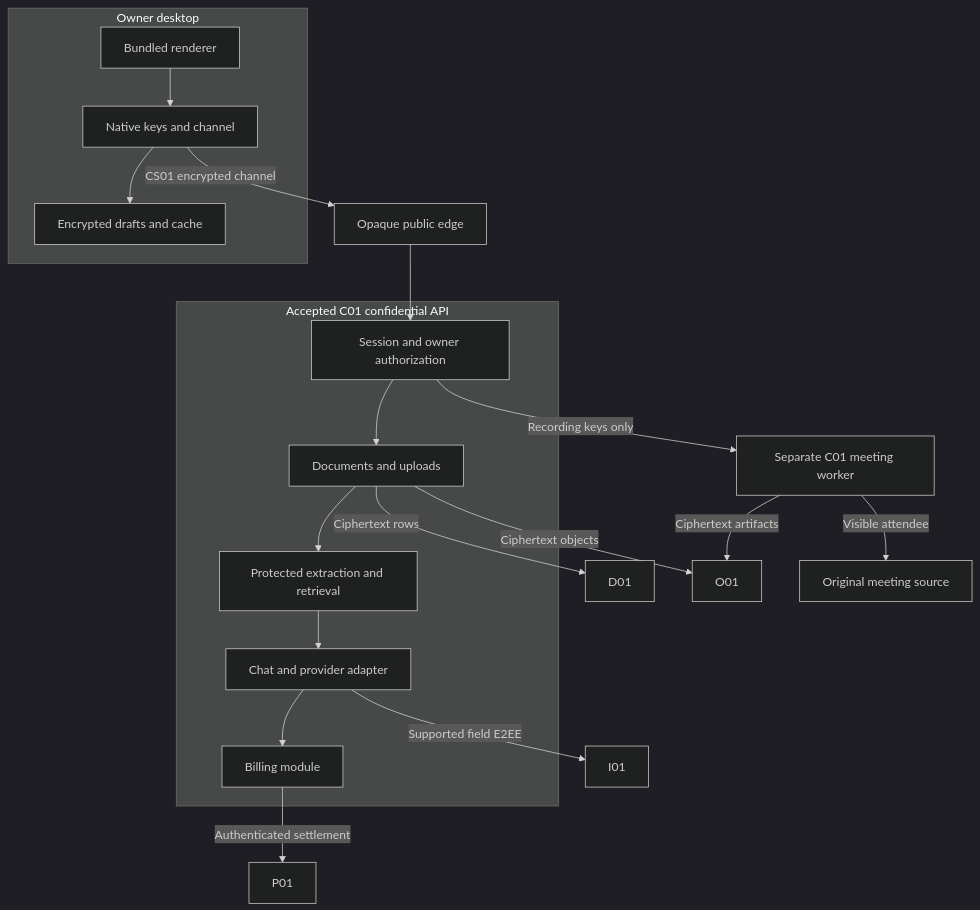
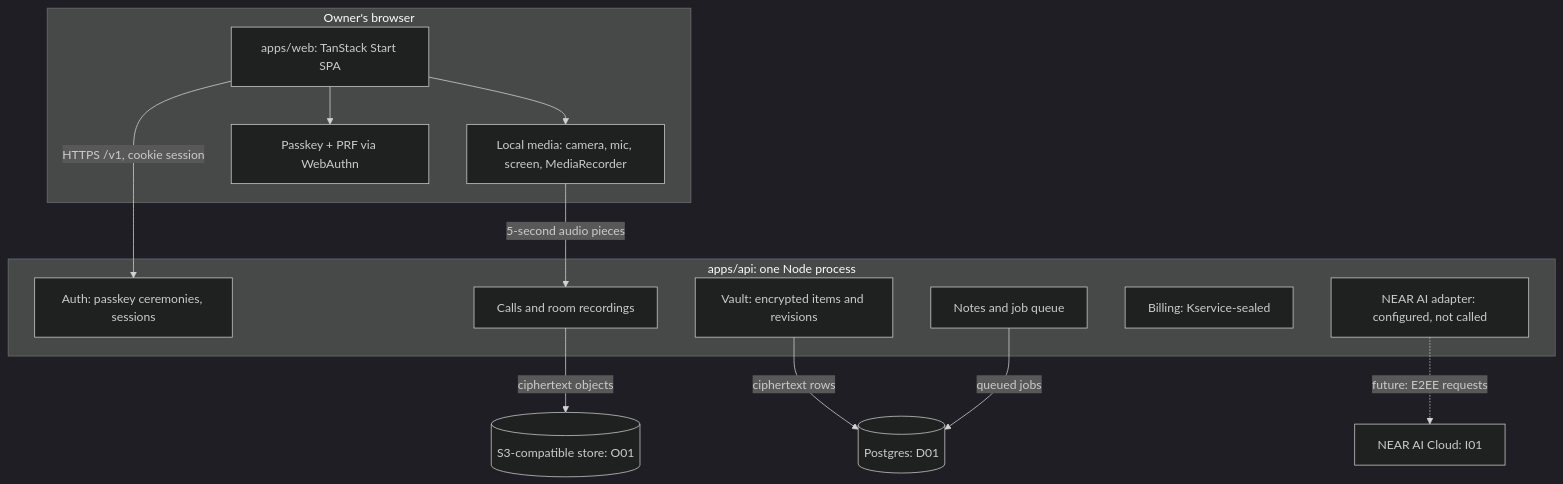
One commit to thebakedalaskan/alcove-solutions changed the diagram in docs/engineering/system-architecture.md. Above: the diagram before and after it, drawn with Mermaid (dark theme). The commit also changed other lines of this file and 49 other files, not shown here.

````diff
--- a/docs/engineering/system-architecture.md
+++ b/docs/engineering/system-architecture.md
@@ -11,32 +10,24 @@
 ```mermaid
 flowchart TB
-    subgraph Device[Owner desktop]
-        UI[Bundled renderer]
-        Native[Native keys and channel]
-        Local[Encrypted drafts and cache]
-        UI --> Native
-        Native --> Local
+    subgraph Browser[Owner's browser]
+        UI[apps/web: TanStack Start SPA]
+        Media[Local media: camera, mic, screen, MediaRecorder]
+        Passkey[Passkey + PRF via WebAuthn]
+        UI --> Media
+        UI --> Passkey
     end
-    Edge[Opaque public edge]
-    subgraph App[Accepted C01 confidential API]
-        Auth[Session and owner authorization]
-        Docs[Documents and uploads]
-        Search[Protected extraction and retrieval]
-        Chat[Chat and provider adapter]
-        Billing[Billing module]
-        Auth --> Docs
-        Docs --> Search
-        Search --> Chat
-        Chat --> Billing
+    subgraph API[apps/api: one Node process]
+        Auth[Auth: passkey ceremonies, sessions]
+        Vault[Vault: encrypted items and revisions]
+        Calls[Calls and room recordings]
+        Notes[Notes and job queue]
+        Billing[Billing: Kservice-sealed]
+        Inference[NEAR AI adapter: configured, not called]
     end
-    Native -->|CS01 encrypted channel| Edge
-    Edge --> Auth
-    Docs -->|Ciphertext rows| DB[D01]
-    Docs -->|Ciphertext objects| Objects[O01]
-    Chat -->|Supported field E2EE| Inference[I01]
-    Billing -->|Authenticated settlement| Payment[P01]
-    Worker[Separate C01 meeting worker]
-    Auth -->|Recording keys only| Worker
-    Worker -->|Ciphertext artifacts| Objects
-    Worker -->|Visible attendee| Meeting[Original meeting source]
+    UI -->|HTTPS /v1, cookie session| Auth
+    Media -->|5-second audio pieces| Calls
+    Vault -->|ciphertext rows| DB[(Postgres: D01)]
+    Calls -->|ciphertext objects| Obj[(S3-compatible store: O01)]
+    Notes -->|queued jobs| DB
+    Inference -.->|future: E2EE requests| I01[NEAR AI Cloud: I01]
 ```
````
